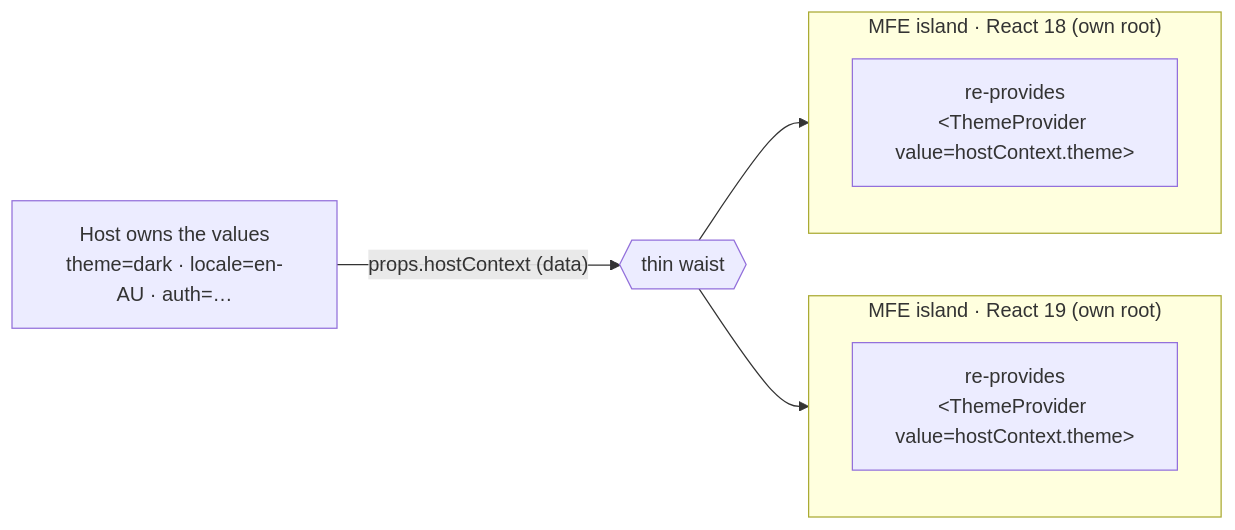
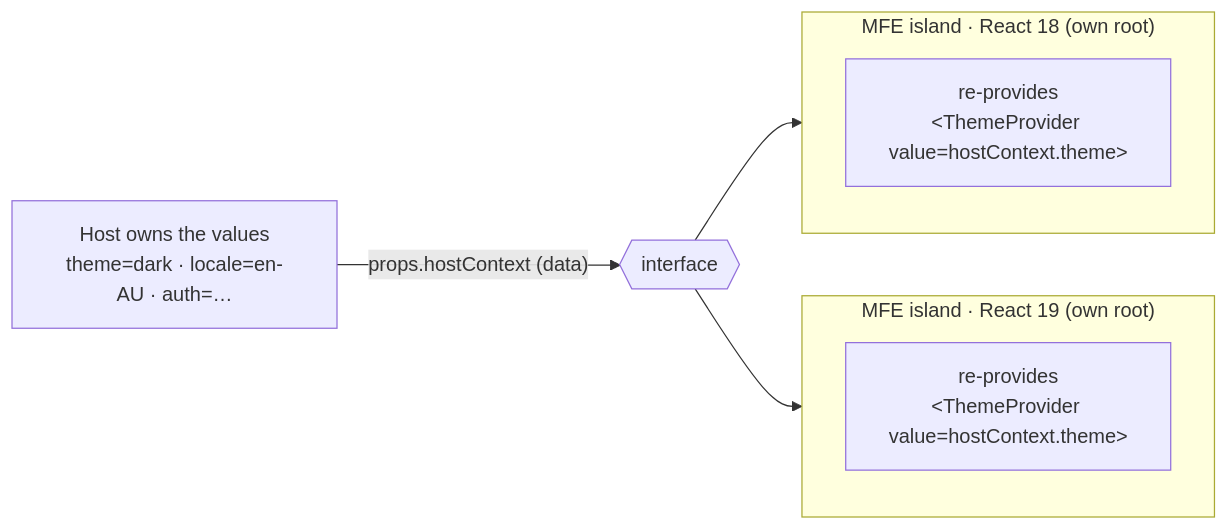
One commit to falese/seans-mfe-tool changed the third of 4 diagrams in docs/architecture-composition-primer.md. Above: the diagram before and after it, drawn with Mermaid. The commit also changed other lines of this file and 15 other files, not shown here.

First line of the commit message:
docs: call the presentation boundary an interface, not a thin waist

````diff
--- a/docs/architecture-composition-primer.md
+++ b/docs/architecture-composition-primer.md
@@ -123,14 +123,14 @@
 ```mermaid
 flowchart LR
     HOSTV["Host owns the values<br/>theme=dark · locale=en-AU · auth=…"]
-    HOSTV -- "props.hostContext (data)" --> WAIST{{thin waist}}
-    WAIST --> ISL1
-    WAIST --> ISL2
+    HOSTV -- "props.hostContext (data)" --> INTERFACE{{interface}}
+    INTERFACE --> ISL1
+    INTERFACE --> ISL2
 
     subgraph ISL1["MFE island · React 18 (own root)"]
       P1["re-provides<br/>&lt;ThemeProvider value=hostContext.theme&gt;"]
     end
     subgraph ISL2["MFE island · React 19 (own root)"]
       P2["re-provides<br/>&lt;ThemeProvider value=hostContext.theme&gt;"]
     end
 ```
````
